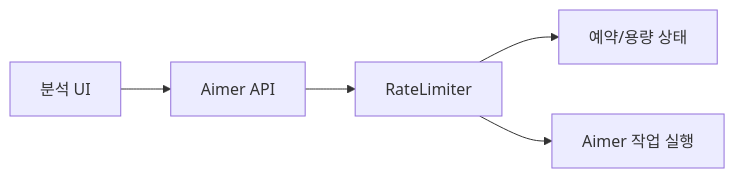
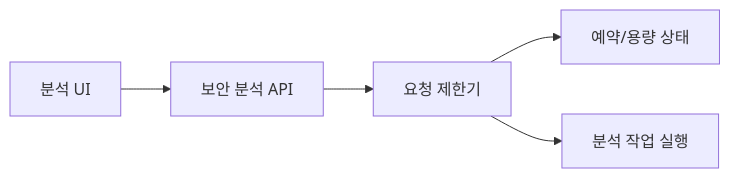
One commit to zmrdltl/portfolio changed the first of 4 diagrams in docs/experience/cluml.md. Above: the diagram before and after it, drawn with Mermaid. The commit also changed other lines of this file and 1 other file, not shown here.

````diff
--- a/docs/experience/cluml.md
+++ b/docs/experience/cluml.md
@@ -20,13 +20,13 @@
 ```mermaid
 flowchart LR
   ui["분석 UI"]
-  api["Aimer API"]
-  limiter["RateLimiter"]
+  api["보안 분석 API"]
+  limiter["요청 제한기"]
   bucket["예약/용량 상태"]
-  worker["Aimer 작업 실행"]
+  worker["분석 작업 실행"]
 
   ui --> api
   api --> limiter
   limiter --> bucket
   limiter --> worker
 ```
````
